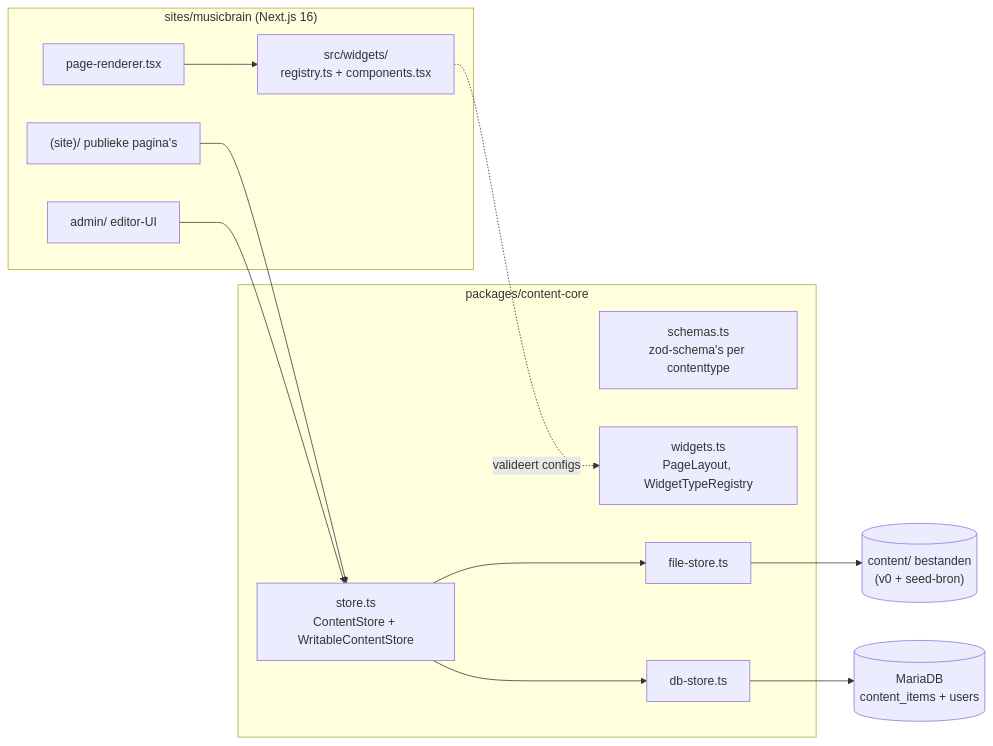
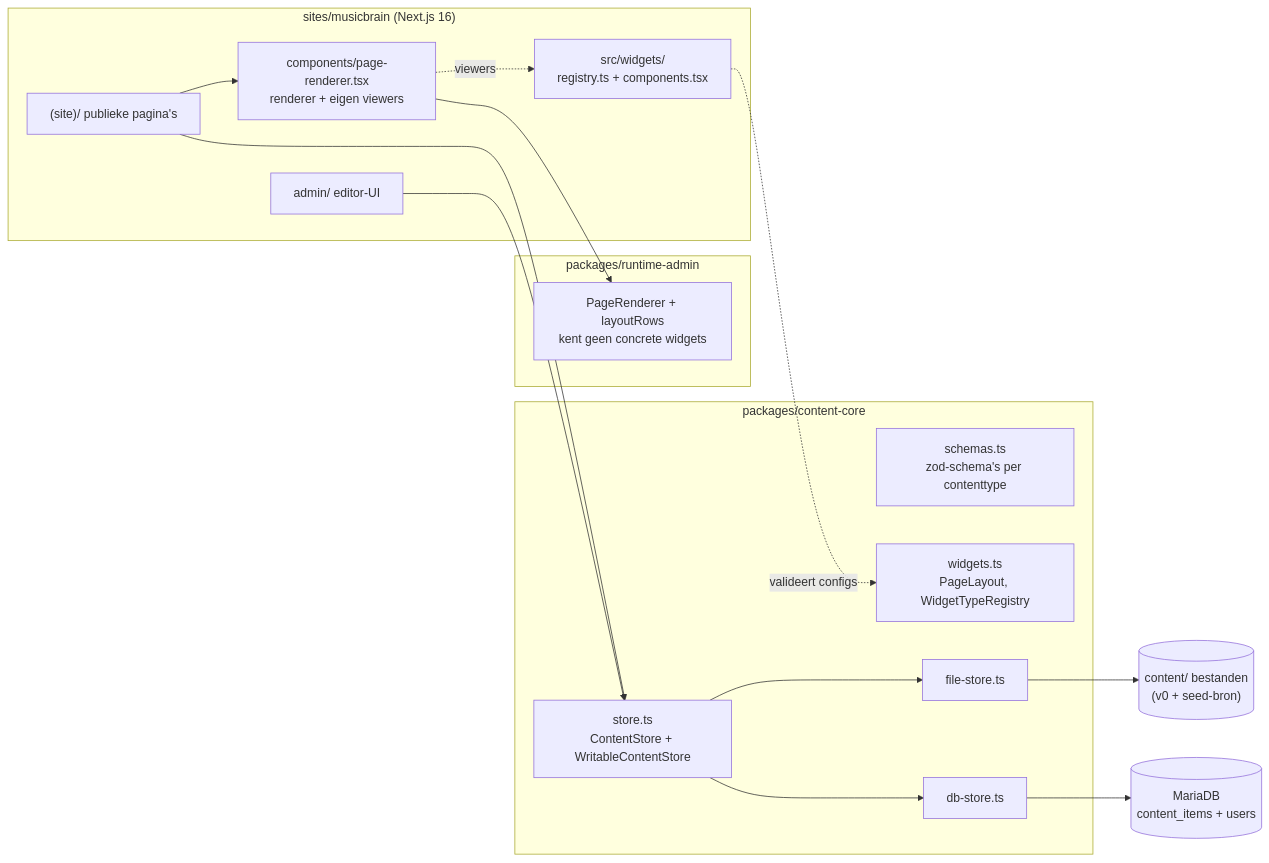
One commit to MarkWestbroek/imprint-engine changed the second of 11 diagrams in docs/architecture.md. Above: the diagram before and after it, drawn with Mermaid. The commit also changed other lines of this file and 32 other files, not shown here.

````diff
--- a/docs/architecture.md
+++ b/docs/architecture.md
@@ -167,27 +167,33 @@
 ```mermaid
 flowchart LR
     subgraph core["packages/content-core"]
         SCH["schemas.ts<br/>zod-schema's per contenttype"]
         WID["widgets.ts<br/>PageLayout, WidgetTypeRegistry"]
         ST["store.ts<br/>ContentStore + WritableContentStore"]
         FS["file-store.ts"]
         DBS["db-store.ts"]
     end
 
+    subgraph runtime["packages/runtime-admin"]
+        REN["PageRenderer + layoutRows<br/>kent geen concrete widgets"]
+    end
+
     subgraph site["sites/musicbrain (Next.js 16)"]
         PUB["(site)/ publieke pagina's"]
         ADM["admin/ editor-UI"]
         CAT["src/widgets/<br/>registry.ts + components.tsx"]
-        REN["page-renderer.tsx"]
+        BIND["components/page-renderer.tsx<br/>renderer + eigen viewers"]
     end
 
     FILES[("content/ bestanden<br/>(v0 + seed-bron)")]
     DB[("MariaDB<br/>content_items + users")]
 
     PUB --> ST
     ADM --> ST
-    REN --> CAT
+    PUB --> BIND
+    BIND --> REN
+    BIND -. viewers .-> CAT
     ST --> FS --> FILES
     ST --> DBS --> DB
     CAT -. "valideert configs" .-> WID
 ```
````
